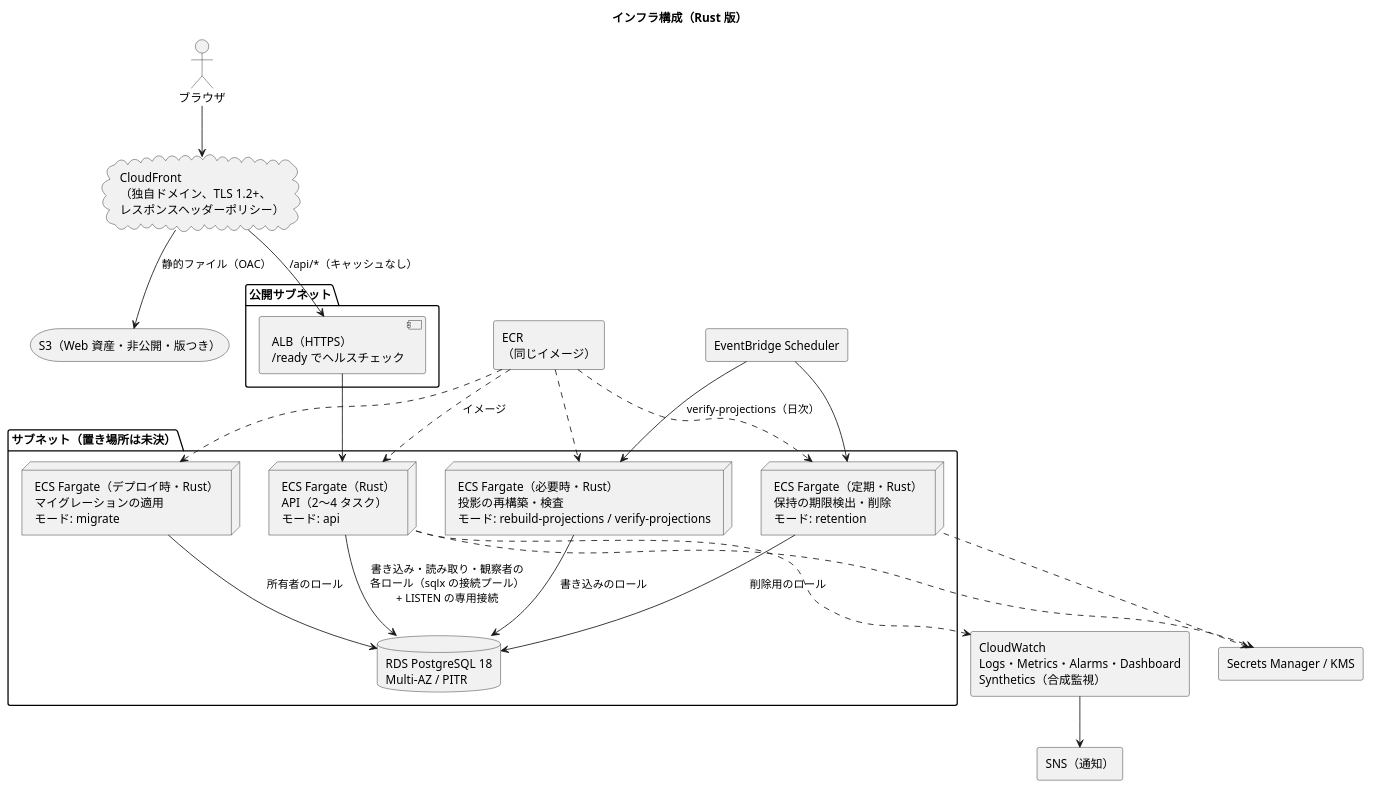
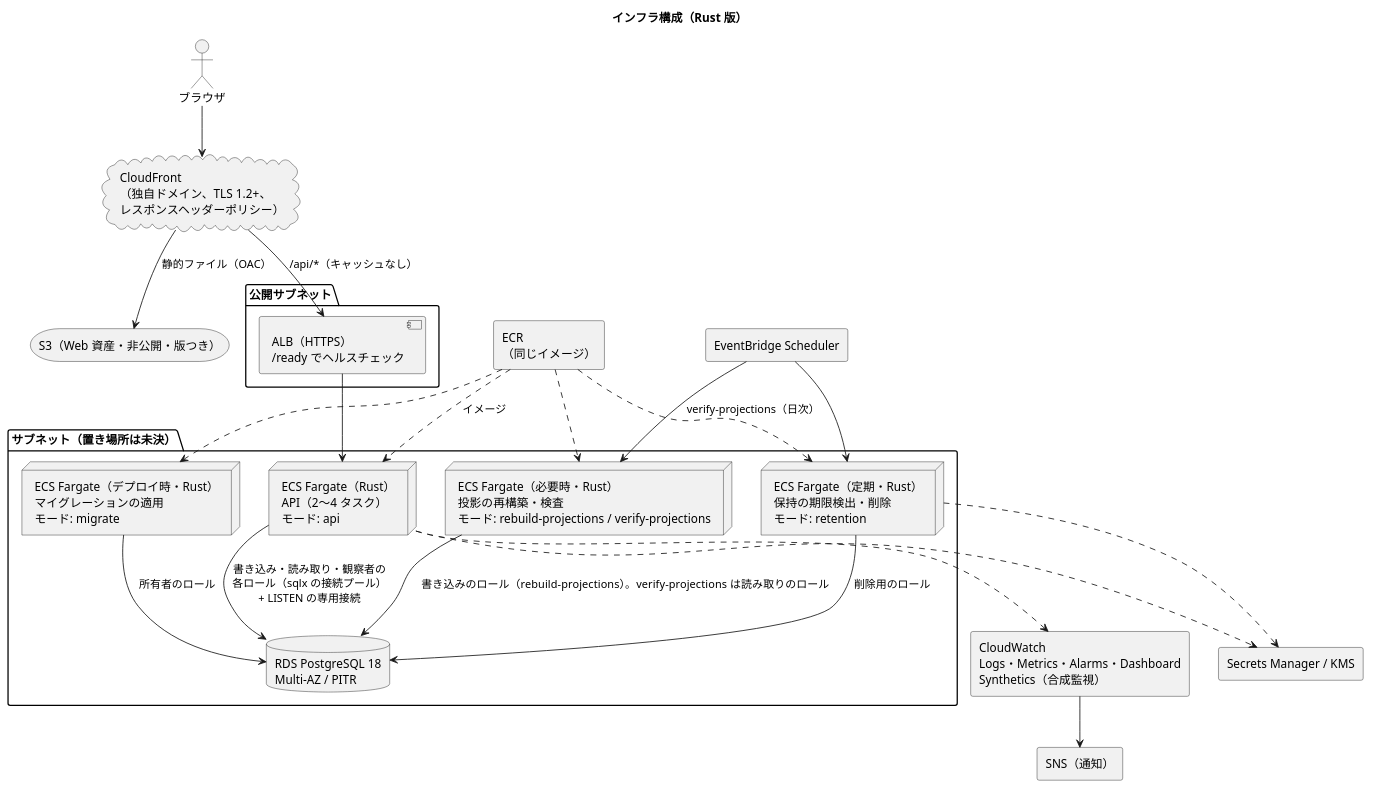
The first of 2 diagrams in docs/design/beer-game-rust/architecture-infrastructure.md (k2works/case-study-beer-game-simulation), drawn with PlantUML before and after one commit. The commit also changed other lines of this file and 14 other files, not shown here.

````diff
--- a/docs/design/beer-game-rust/architecture-infrastructure.md
+++ b/docs/design/beer-game-rust/architecture-infrastructure.md
@@ -63,46 +63,46 @@
 ```plantuml
 @startuml
 title インフラ構成（Rust 版）
 
 actor "ブラウザ" as Browser
 cloud "CloudFront\n（独自ドメイン、TLS 1.2+、\nレスポンスヘッダーポリシー）" as CF
 
 package "公開サブネット" {
   [ALB（HTTPS）\n/ready でヘルスチェック] as ALB
 }
 
 package "サブネット（置き場所は未決）" {
   node "ECS Fargate（Rust）\nAPI（2〜4 タスク）\nモード: api" as API
   node "ECS Fargate（定期・Rust）\n保持の期限検出・削除\nモード: retention" as Ret
   node "ECS Fargate（デプロイ時・Rust）\nマイグレーションの適用\nモード: migrate" as Mig
   node "ECS Fargate（必要時・Rust）\n投影の再構築・検査\nモード: rebuild-projections / verify-projections" as Reb
   database "RDS PostgreSQL 18\nMulti-AZ / PITR" as DB
 }
 
 storage "S3（Web 資産・非公開・版つき）" as S3Web
 rectangle "ECR\n（同じイメージ）" as ECR
 rectangle "EventBridge Scheduler" as EB
 rectangle "Secrets Manager / KMS" as SM
 rectangle "CloudWatch\nLogs・Metrics・Alarms・Dashboard\nSynthetics（合成監視）" as Mon
 rectangle "SNS（通知）" as SNS
 
 Browser --> CF
 CF --> S3Web : 静的ファイル（OAC）
 CF --> ALB : /api/*（キャッシュなし）
 ALB --> API
 API --> DB : 書き込み・読み取り・観察者の\n各ロール（sqlx の接続プール）\n+ LISTEN の専用接続
 EB --> Ret
 EB --> Reb : verify-projections（日次）
 Ret --> DB : 削除用のロール
 Mig --> DB : 所有者のロール
-Reb --> DB : 書き込みのロール
+Reb --> DB : 書き込みのロール（rebuild-projections）。verify-projections は読み取りのロール
 ECR ..> API : イメージ
 ECR ..> Ret
 ECR ..> Mig
 ECR ..> Reb
 API ..> SM
 Ret ..> SM
 API ..> Mon
 Mon --> SNS
 @enduml
 ```
````
